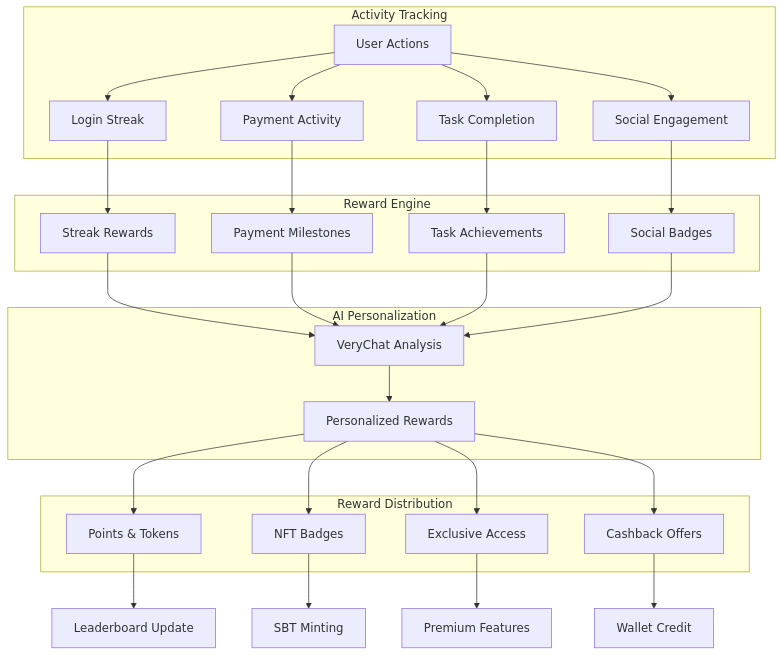
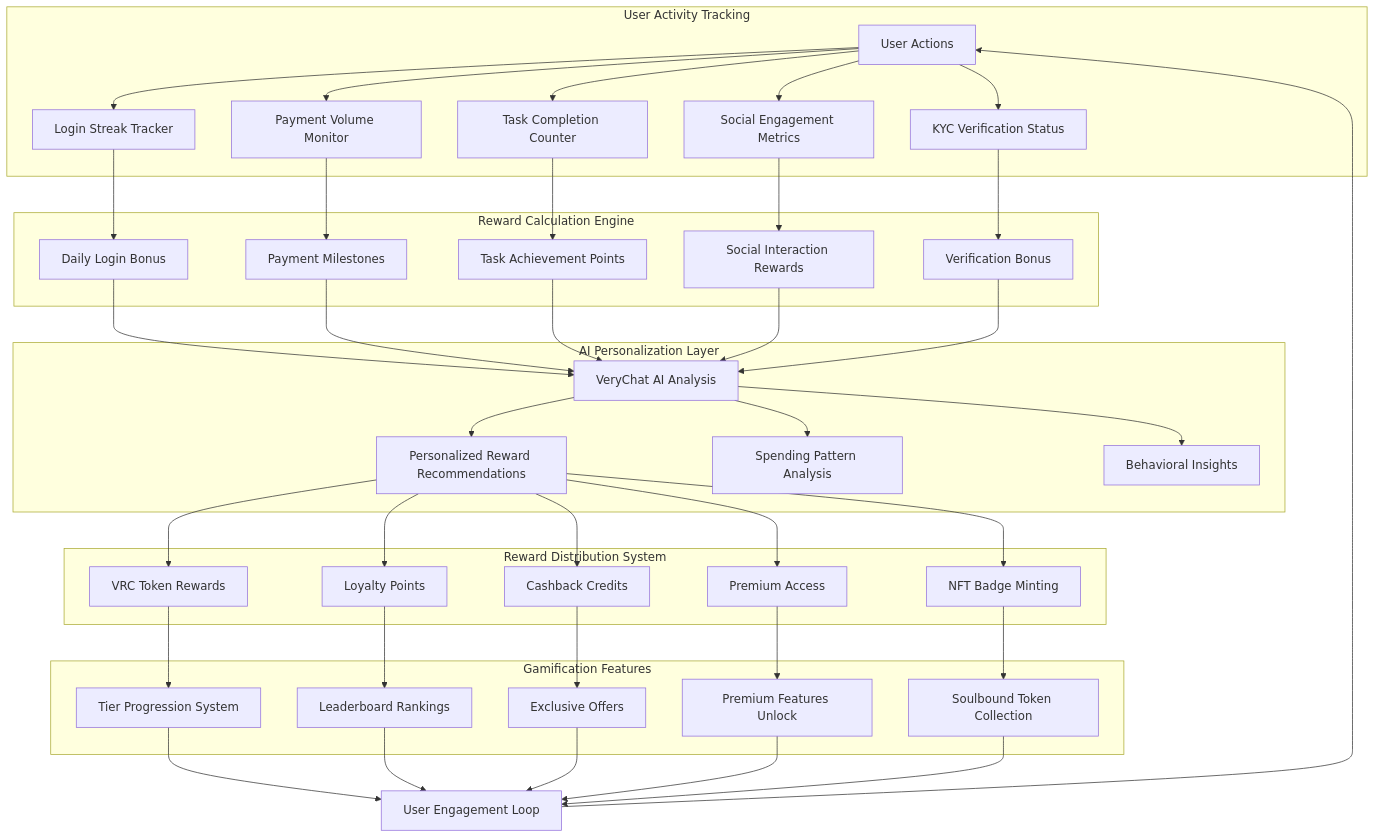
Before and after one commit to Aaditya1273/VeryPay: the fifth of 15 diagrams in README.md, drawn with Mermaid. The commit also changed other lines of this file and 12 other files, not shown here.

````diff
--- a/README.md
+++ b/README.md
@@ -199,36 +235,52 @@
 ```mermaid
 flowchart TB
-    subgraph "Activity Tracking"
-        A[User Actions] --> B[Login Streak]
-        A --> C[Payment Activity]
-        A --> D[Task Completion]
-        A --> E[Social Engagement]
+    subgraph "User Activity Tracking"
+        A[User Actions] --> B[Login Streak Tracker]
+        A --> C[Payment Volume Monitor]
+        A --> D[Task Completion Counter]
+        A --> E[Social Engagement Metrics]
+        A --> F[KYC Verification Status]
     end
     
-    subgraph "Reward Engine"
-        B --> F[Streak Rewards]
-        C --> G[Payment Milestones]
-        D --> H[Task Achievements]
-        E --> I[Social Badges]
+    subgraph "Reward Calculation Engine"
+        B --> G[Daily Login Bonus]
+        C --> H[Payment Milestones]
+        D --> I[Task Achievement Points]
+        E --> J[Social Interaction Rewards]
+        F --> K[Verification Bonus]
     end
     
-    subgraph "AI Personalization"
-        F --> J[VeryChat Analysis]
-        G --> J
-        H --> J
-        I --> J
-        J --> K[Personalized Rewards]
+    subgraph "AI Personalization Layer"
+        G --> L[VeryChat AI Analysis]
+        H --> L
+        I --> L
+        J --> L
+        K --> L
+        L --> M[Personalized Reward Recommendations]
+        L --> N[Spending Pattern Analysis]
+        L --> O[Behavioral Insights]
     end
     
-    subgraph "Reward Distribution"
-        K --> L[Points & Tokens]
-        K --> M[NFT Badges]
-        K --> N[Exclusive Access]
-        K --> O[Cashback Offers]
+    subgraph "Reward Distribution System"
+        M --> P[VRC Token Rewards]
+        M --> Q[Loyalty Points]
+        M --> R[Cashback Credits]
+        M --> S[Premium Access]
+        M --> T[NFT Badge Minting]
     end
     
-    L --> P[Leaderboard Update]
-    M --> Q[SBT Minting]
-    N --> R[Premium Features]
-    O --> S[Wallet Credit]
+    subgraph "Gamification Features"
+        P --> U[Tier Progression System]
+        Q --> V[Leaderboard Rankings]
+        R --> W[Exclusive Offers]
+        S --> X[Premium Features Unlock]
+        T --> Y[Soulbound Token Collection]
+    end
+    
+    U --> Z[User Engagement Loop]
+    V --> Z
+    W --> Z
+    X --> Z
+    Y --> Z
+    Z --> A
 ```
````
